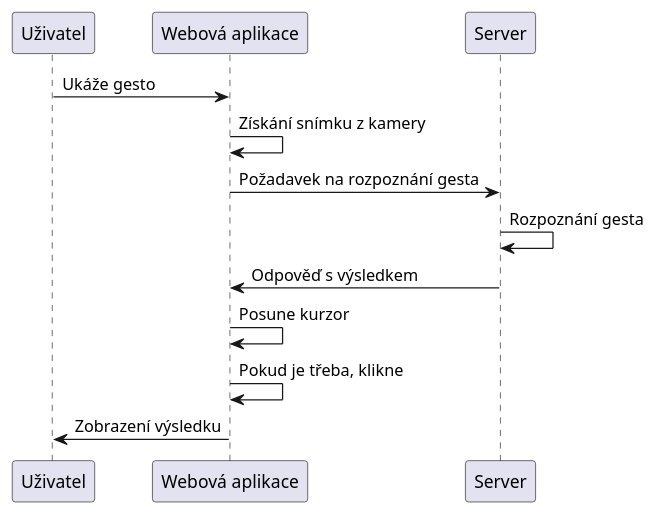
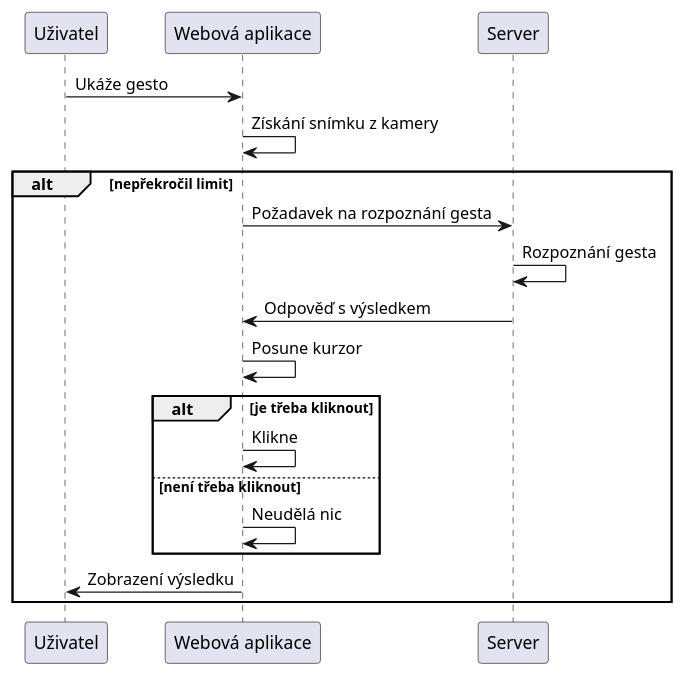
Before and after one commit to Venca321/Rocnikova-prace-2024: the diagram in docs/komunikace_v_aplikaci_v_menu.puml, drawn with PlantUML. The commit also changed 2 other files, not shown here.

Commit message:
Change diagrams

```diff
--- a/docs/komunikace_v_aplikaci_v_menu.puml
+++ b/docs/komunikace_v_aplikaci_v_menu.puml
@@ -1,16 +1,22 @@
 @startuml
 
 participant Uživatel
 participant "Webová aplikace" as Web
 participant Server
 
 Uživatel -> Web : Ukáže gesto
 Web -> Web : Získání snímku z kamery
-Web -> Server : Požadavek na rozpoznání gesta
-Server -> Server : Rozpoznání gesta
-Server -> Web : Odpověď s výsledkem
-Web -> Web : Posune kurzor
-Web -> Web : Pokud je třeba, klikne
-Web -> Uživatel : Zobrazení výsledku
+alt nepřekročil limit
+    Web -> Server : Požadavek na rozpoznání gesta
+    Server -> Server : Rozpoznání gesta
+    Server -> Web : Odpověď s výsledkem
+    Web -> Web : Posune kurzor
+    alt je třeba kliknout
+        Web -> Web : Klikne
+    else není třeba kliknout
+        Web -> Web : Neudělá nic
+    end
+    Web -> Uživatel : Zobrazení výsledku
+end
 
 @enduml
```
